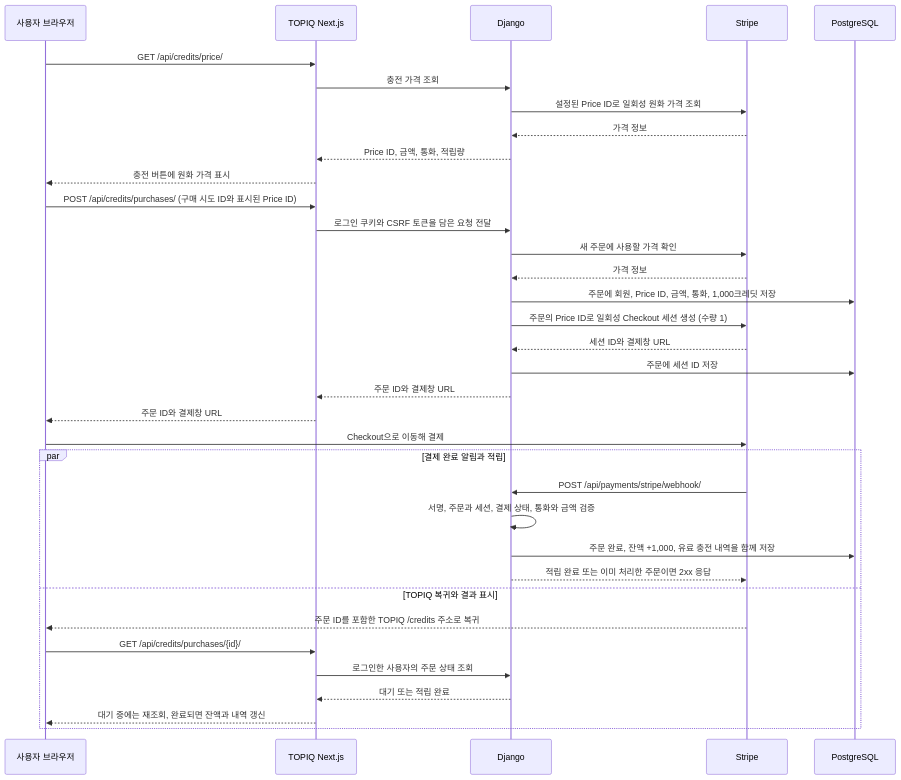
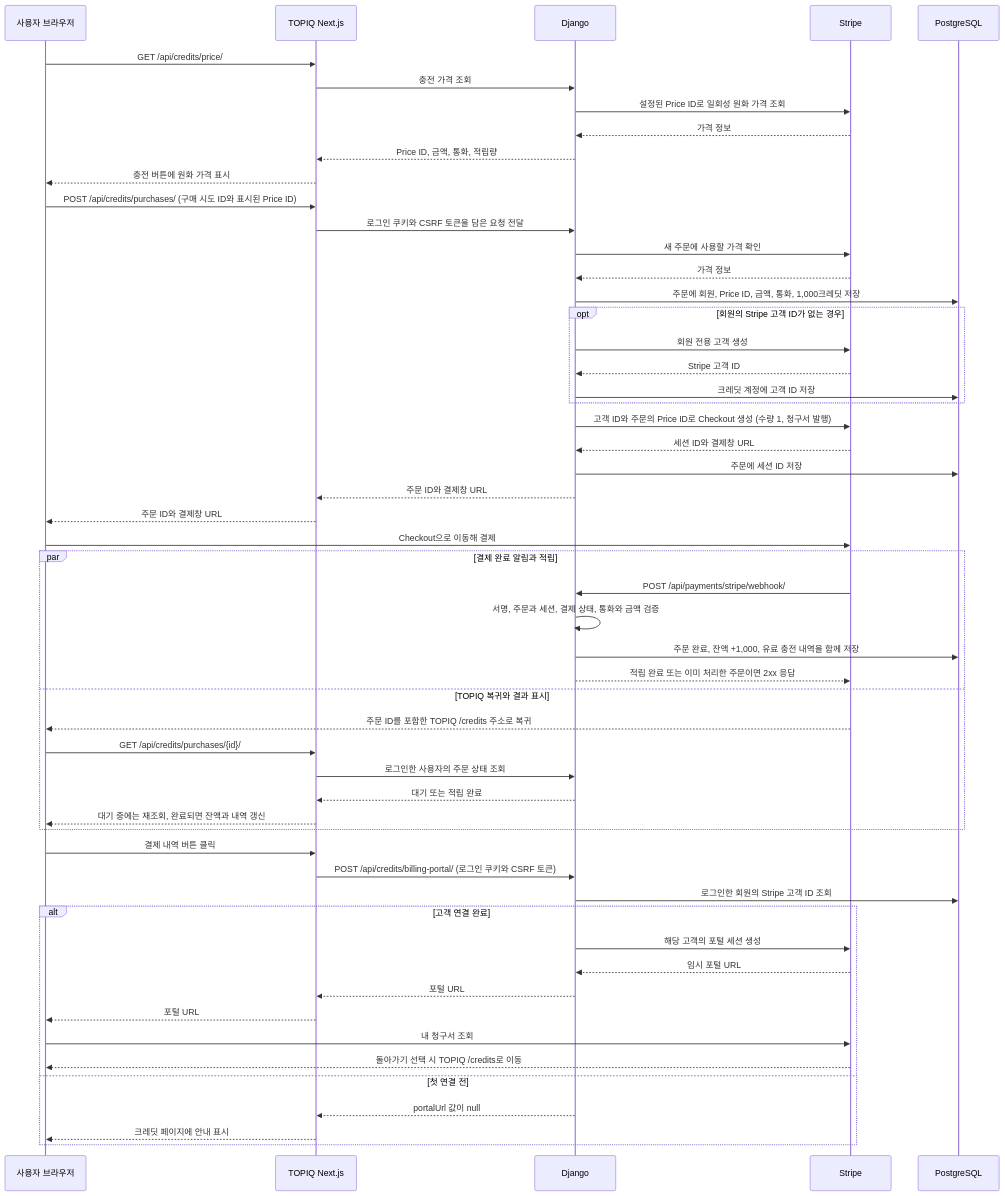
Before and after one commit to OverWindow/UNIGATE-November: the diagram in docs/stripe-credit-payment-flow.md, drawn with Mermaid. The commit also changed 11 other files, not shown here.

Commit message:
1121 billing history added from stripe

````diff
--- a/docs/stripe-credit-payment-flow.md
+++ b/docs/stripe-credit-payment-flow.md
@@ -5,39 +5,59 @@
 ```mermaid
 sequenceDiagram
     participant B as 사용자 브라우저
     participant N as TOPIQ Next.js
     participant D as Django
     participant S as Stripe
     participant DB as PostgreSQL
 
     B->>N: GET /api/credits/price/
     N->>D: 충전 가격 조회
     D->>S: 설정된 Price ID로 일회성 원화 가격 조회
     S-->>D: 가격 정보
     D-->>N: Price ID, 금액, 통화, 적립량
     N-->>B: 충전 버튼에 원화 가격 표시
     B->>N: POST /api/credits/purchases/ (구매 시도 ID와 표시된 Price ID)
     N->>D: 로그인 쿠키와 CSRF 토큰을 담은 요청 전달
     D->>S: 새 주문에 사용할 가격 확인
     S-->>D: 가격 정보
     D->>DB: 주문에 회원, Price ID, 금액, 통화, 1,000크레딧 저장
-    D->>S: 주문의 Price ID로 일회성 Checkout 세션 생성 (수량 1)
+    opt 회원의 Stripe 고객 ID가 없는 경우
+        D->>S: 회원 전용 고객 생성
+        S-->>D: Stripe 고객 ID
+        D->>DB: 크레딧 계정에 고객 ID 저장
+    end
+    D->>S: 고객 ID와 주문의 Price ID로 Checkout 생성 (수량 1, 청구서 발행)
     S-->>D: 세션 ID와 결제창 URL
     D->>DB: 주문에 세션 ID 저장
     D-->>N: 주문 ID와 결제창 URL
     N-->>B: 주문 ID와 결제창 URL
     B->>S: Checkout으로 이동해 결제
 
     par 결제 완료 알림과 적립
         S->>D: POST /api/payments/stripe/webhook/
         D->>D: 서명, 주문과 세션, 결제 상태, 통화와 금액 검증
         D->>DB: 주문 완료, 잔액 +1,000, 유료 충전 내역을 함께 저장
         D-->>S: 적립 완료 또는 이미 처리한 주문이면 2xx 응답
     and TOPIQ 복귀와 결과 표시
         S-->>B: 주문 ID를 포함한 TOPIQ /credits 주소로 복귀
         B->>N: GET /api/credits/purchases/{id}/
         N->>D: 로그인한 사용자의 주문 상태 조회
         D-->>N: 대기 또는 적립 완료
         N-->>B: 대기 중에는 재조회, 완료되면 잔액과 내역 갱신
     end
+
+    B->>N: 결제 내역 버튼 클릭
+    N->>D: POST /api/credits/billing-portal/ (로그인 쿠키와 CSRF 토큰)
+    D->>DB: 로그인한 회원의 Stripe 고객 ID 조회
+    alt 고객 연결 완료
+        D->>S: 해당 고객의 포털 세션 생성
+        S-->>D: 임시 포털 URL
+        D-->>N: 포털 URL
+        N-->>B: 포털 URL
+        B->>S: 내 청구서 조회
+        S-->>B: 돌아가기 선택 시 TOPIQ /credits로 이동
+    else 첫 연결 전
+        D-->>N: portalUrl 값이 null
+        N-->>B: 크레딧 페이지에 안내 표시
+    end
 ```
````
